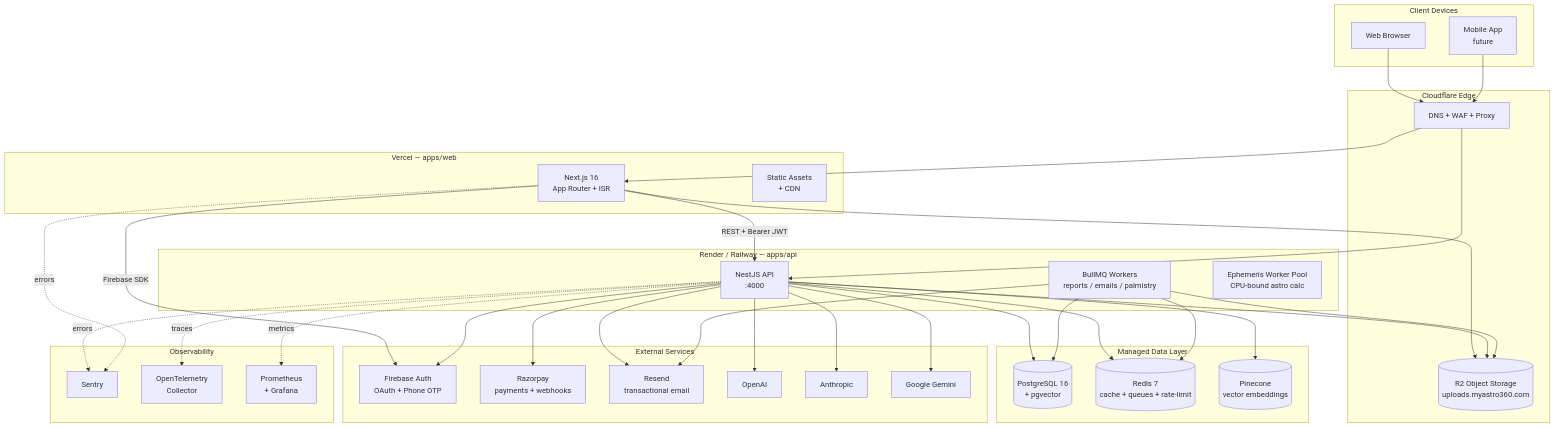
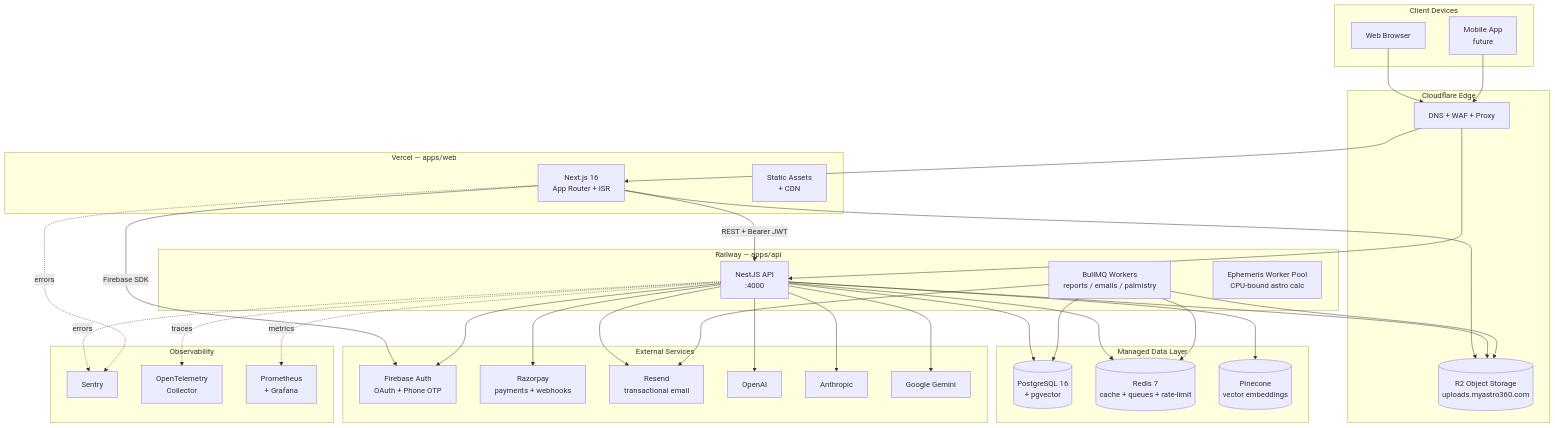
One commit to xploroshan/jyotryx changed the first of 17 diagrams in docs/ARCHITECTURE.md. Above: the diagram before and after it, drawn with Mermaid. The commit also changed other lines of this file and 2 other files, not shown here.

````diff
--- a/docs/ARCHITECTURE.md
+++ b/docs/ARCHITECTURE.md
@@ -40,73 +40,73 @@
 ```mermaid
 graph TB
     subgraph Client["Client Devices"]
         Browser[Web Browser]
         Mobile[Mobile App<br/>future]
     end
 
     subgraph Edge["Cloudflare Edge"]
         DNS[DNS + WAF + Proxy]
         R2[(R2 Object Storage<br/>uploads.myastro360.com)]
     end
 
     subgraph Frontend["Vercel — apps/web"]
         Next[Next.js 16<br/>App Router + ISR]
         Static[Static Assets<br/>+ CDN]
     end
 
-    subgraph Backend["Render / Railway — apps/api"]
+    subgraph Backend["Railway — apps/api"]
         API[NestJS API<br/>:4000]
         Worker[BullMQ Workers<br/>reports / emails / palmistry]
         Ephem[Ephemeris Worker Pool<br/>CPU-bound astro calc]
     end
 
     subgraph Data["Managed Data Layer"]
         PG[(PostgreSQL 16<br/>+ pgvector)]
         Redis[(Redis 7<br/>cache + queues + rate-limit)]
         Pine[(Pinecone<br/>vector embeddings)]
     end
 
     subgraph External["External Services"]
         FB[Firebase Auth<br/>OAuth + Phone OTP]
         Razor[Razorpay<br/>payments + webhooks]
         Resend[Resend<br/>transactional email]
         OAI[OpenAI]
         Anth[Anthropic]
         Gem[Google Gemini]
     end
 
     subgraph Obs["Observability"]
         Sentry[Sentry]
         OTEL[OpenTelemetry<br/>Collector]
         Prom[Prometheus<br/>+ Grafana]
     end
 
     Browser --> DNS
     Mobile --> DNS
     DNS --> Next
     DNS --> API
     Next -->|REST + Bearer JWT| API
     Next -->|Firebase SDK| FB
     Next --> R2
 
     API --> PG
     API --> Redis
     API --> Pine
     API --> FB
     API --> Razor
     API --> Resend
     API --> OAI
     API --> Anth
     API --> Gem
     API --> R2
 
     Worker --> Redis
     Worker --> PG
     Worker --> Resend
     Worker --> R2
 
     API -.errors.-> Sentry
     Next -.errors.-> Sentry
     API -.traces.-> OTEL
     API -.metrics.-> Prom
 ```
````
